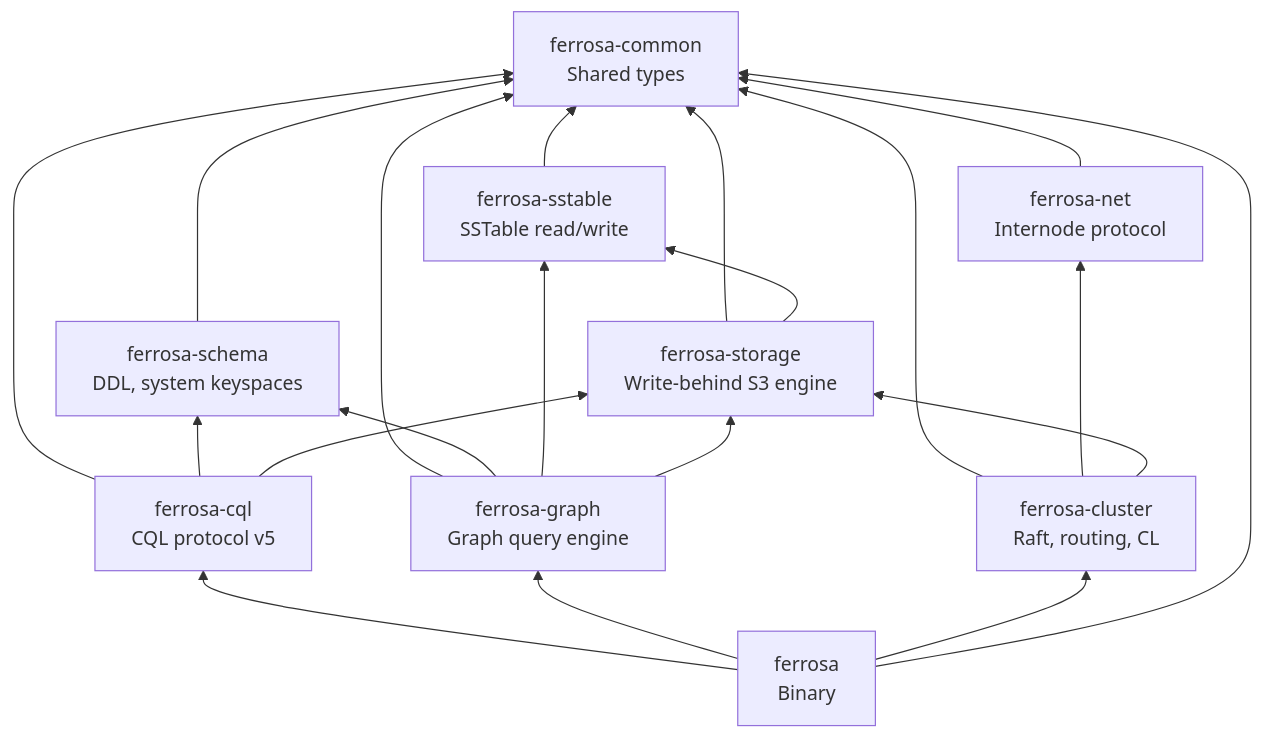
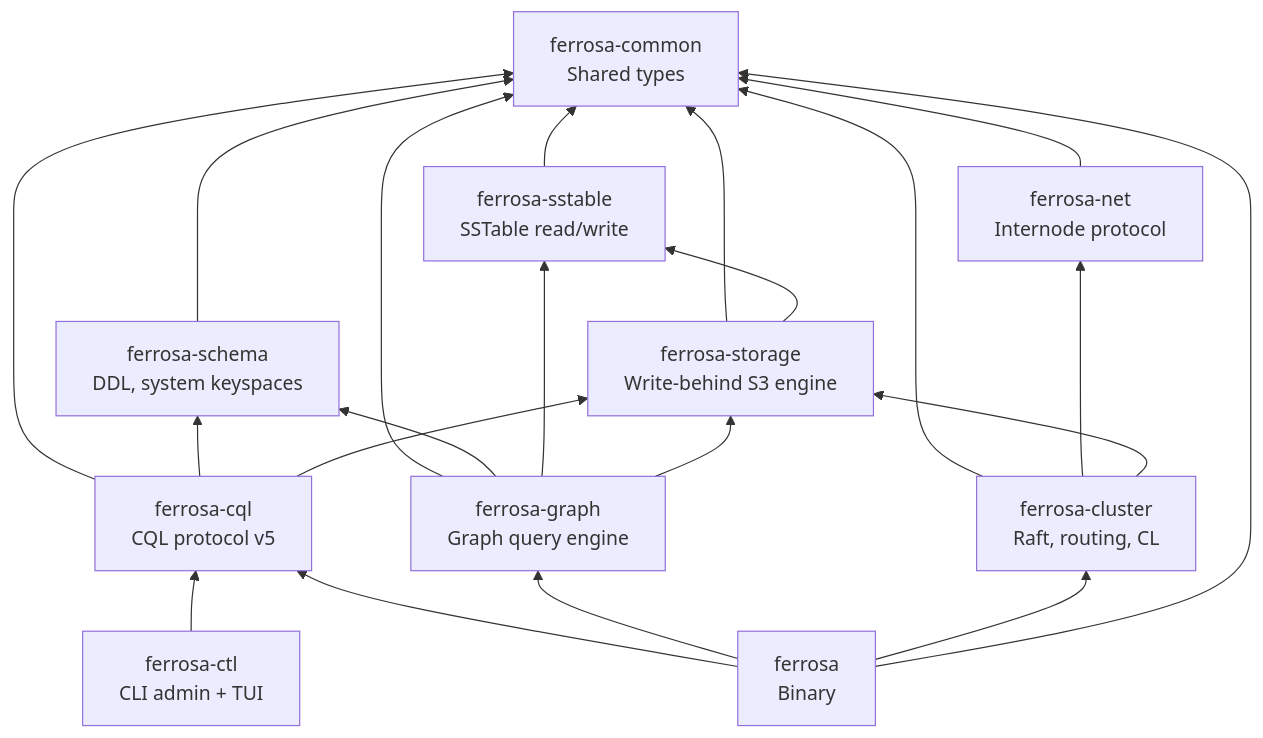
Before and after one commit to ferrosadb/ferrosa: the first of 2 diagrams in specs/components.md, drawn with Mermaid. The commit also changed other lines of this file and 7 other files, not shown here.

First line of the commit message:
docs: update architecture specs and marketing docs for observability

````diff
--- a/specs/components.md
+++ b/specs/components.md
@@ -12,32 +12,34 @@
 ```mermaid
 graph BT
     Common[ferrosa-common<br/>Shared types]
     SST[ferrosa-sstable<br/>SSTable read/write]
     Net[ferrosa-net<br/>Internode protocol]
     Storage[ferrosa-storage<br/>Write-behind S3 engine]
     Schema[ferrosa-schema<br/>DDL, system keyspaces]
     CQL[ferrosa-cql<br/>CQL protocol v5]
     Graph[ferrosa-graph<br/>Graph query engine]
     Cluster[ferrosa-cluster<br/>Raft, routing, CL]
+    Ctl[ferrosa-ctl<br/>CLI admin + TUI]
     Bin[ferrosa<br/>Binary]
 
     SST --> Common
     Net --> Common
     Storage --> Common
     Storage --> SST
     Schema --> Common
     CQL --> Common
     CQL --> Schema
     CQL --> Storage
     Graph --> Common
     Graph --> Schema
     Graph --> SST
     Graph --> Storage
     Cluster --> Common
     Cluster --> Net
     Cluster --> Storage
+    Ctl --> CQL
     Bin --> CQL
     Bin --> Graph
     Bin --> Cluster
     Bin --> Common
 ```
````
